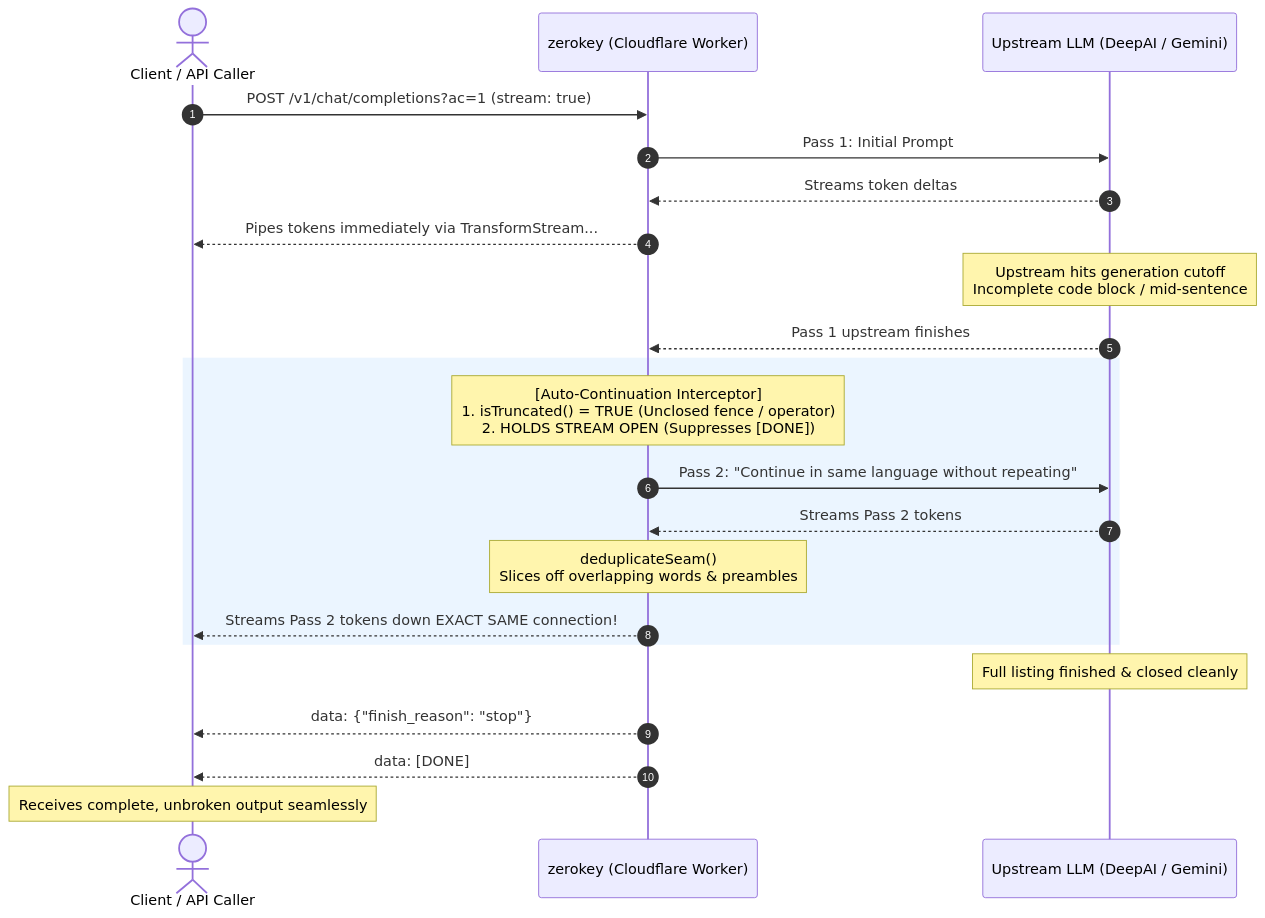
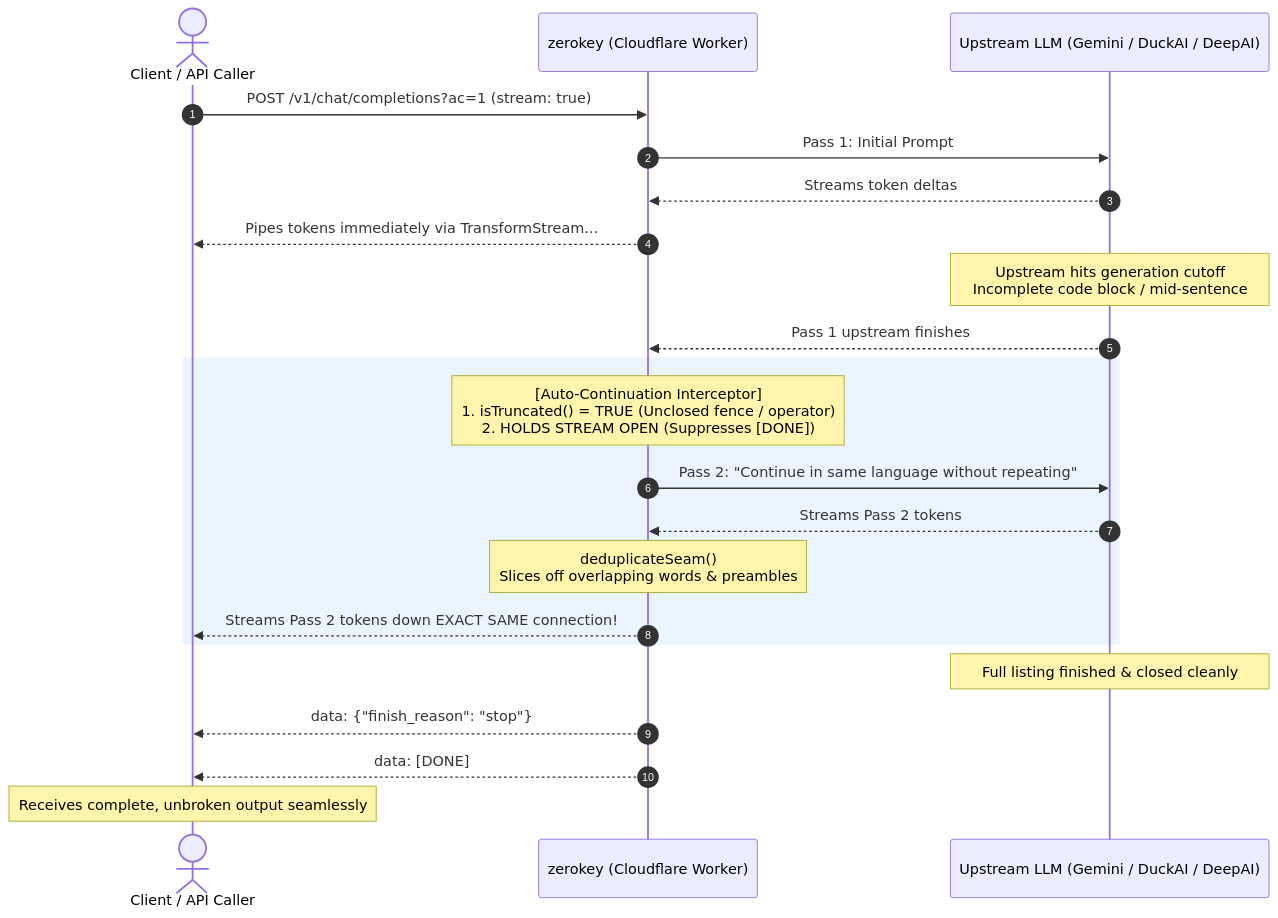
One commit to hauvuyawi-lab/zerokey changed the second of 2 diagrams in README.md. Above: the diagram before and after it, drawn with Mermaid. The commit also changed other lines of this file and 13 other files, not shown here.

````diff
--- a/README.md
+++ b/README.md
@@ -69,27 +104,27 @@
 ```mermaid
 sequenceDiagram
     autonumber
     actor Client as Client / API Caller
     participant Gateway as zerokey (Cloudflare Worker)
-    participant Upstream as Upstream LLM (DeepAI / Gemini)
+    participant Upstream as Upstream LLM (Gemini / DuckAI / DeepAI)
 
     Client->>Gateway: POST /v1/chat/completions?ac=1 (stream: true)
     Gateway->>Upstream: Pass 1: Initial Prompt
     Upstream-->>Gateway: Streams token deltas
     Gateway-->>Client: Pipes tokens immediately via TransformStream...
     Note over Upstream: Upstream hits generation cutoff<br/>Incomplete code block / mid-sentence
     Upstream-->>Gateway: Pass 1 upstream finishes
 
     rect rgb(235, 245, 255)
         Note over Gateway: [Auto-Continuation Interceptor]<br/>1. isTruncated() = TRUE (Unclosed fence / operator)<br/>2. HOLDS STREAM OPEN (Suppresses [DONE])
         Gateway->>Upstream: Pass 2: "Continue in same language without repeating"
         Upstream-->>Gateway: Streams Pass 2 tokens
         Note over Gateway: deduplicateSeam()<br/>Slices off overlapping words & preambles
         Gateway-->>Client: Streams Pass 2 tokens down EXACT SAME connection!
     end
 
     Note over Upstream: Full listing finished & closed cleanly
     Gateway-->>Client: data: {"finish_reason": "stop"}
     Gateway-->>Client: data: [DONE]
     Note over Client: Receives complete, unbroken output seamlessly
 ```
````
